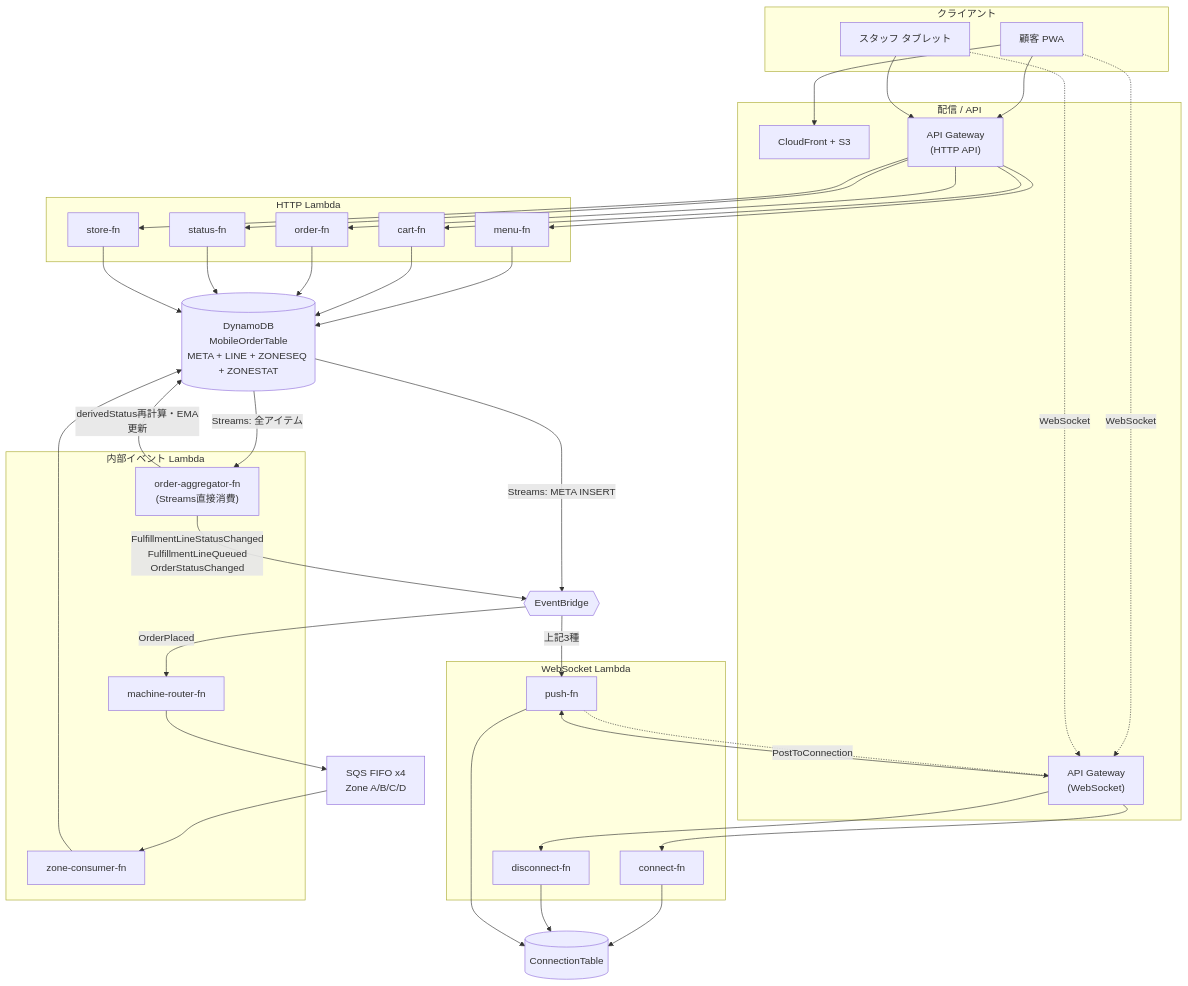
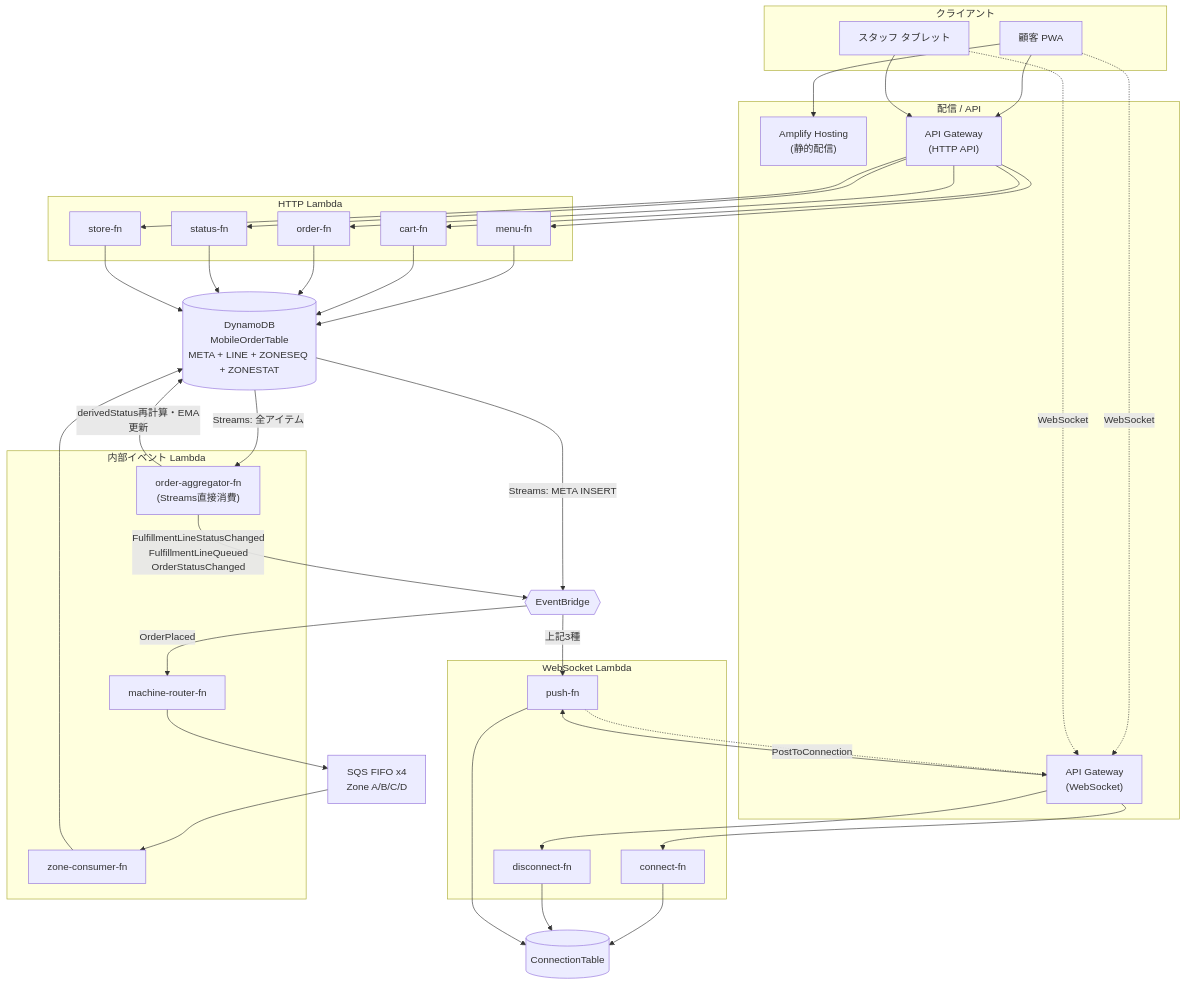
The second of 4 diagrams in docs/architecture.md (Masaharu1223/AWS_OrderSystem), drawn with Mermaid before and after one commit. The commit also changed other lines of this file and 3 other files, not shown here.

````diff
--- a/docs/architecture.md
+++ b/docs/architecture.md
@@ -67,61 +68,61 @@
 ```mermaid
 flowchart TB
     subgraph client["クライアント"]
         C["顧客 PWA"]
         S["スタッフ タブレット"]
     end
 
     subgraph edge["配信 / API"]
-        CF["CloudFront + S3"]
+        CF["Amplify Hosting<br/>(静的配信)"]
         HTTP["API Gateway<br/>(HTTP API)"]
         WS["API Gateway<br/>(WebSocket)"]
     end
 
     subgraph httpfn["HTTP Lambda"]
         MENU["menu-fn"]
         CART["cart-fn"]
         ORDER["order-fn"]
         STATUS["status-fn"]
         STORE["store-fn"]
     end
 
     subgraph wsfn["WebSocket Lambda"]
         CONN["connect-fn"]
         DISC["disconnect-fn"]
         PUSH["push-fn"]
     end
 
     subgraph internal["内部イベント Lambda"]
         AGG["order-aggregator-fn<br/>(Streams直接消費)"]
         ROUTER["machine-router-fn"]
         CONSUMER["zone-consumer-fn"]
     end
 
     DDB[("DynamoDB<br/>MobileOrderTable<br/>META + LINE + ZONESEQ + ZONESTAT")]
     CONNDB[("ConnectionTable")]
     EB{{"EventBridge"}}
     Q["SQS FIFO x4<br/>Zone A/B/C/D"]
 
     C --> CF
     C --> HTTP
     C -.->|WebSocket| WS
     S --> HTTP
     S -.->|WebSocket| WS
 
     HTTP --> MENU & CART & ORDER & STATUS & STORE
     MENU & CART & ORDER & STATUS & STORE --> DDB
     WS --> CONN & DISC & PUSH
     CONN & DISC --> CONNDB
 
     DDB -->|Streams: META INSERT| EB
     DDB -->|Streams: 全アイテム| AGG
     EB -->|OrderPlaced| ROUTER
     ROUTER --> Q
     Q --> CONSUMER
     CONSUMER --> DDB
     AGG -->|derivedStatus再計算・EMA更新| DDB
     AGG -->|FulfillmentLineStatusChanged<br/>FulfillmentLineQueued<br/>OrderStatusChanged| EB
     EB -->|上記3種| PUSH
     PUSH --> CONNDB
     PUSH -.->|PostToConnection| WS
 ```
````
